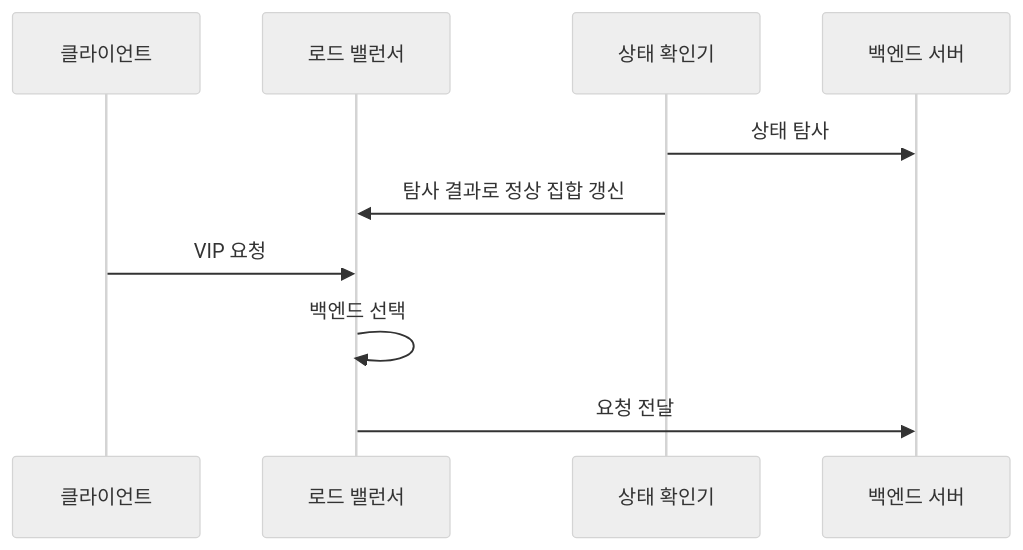
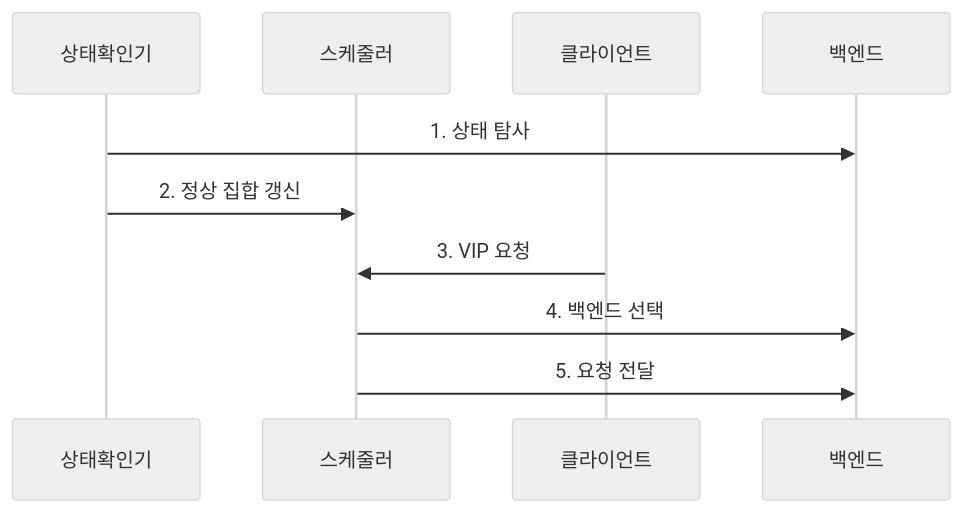
One commit to agnusdei1207/knowledge-base changed the second of 2 diagrams in src/content/docs/notes/04-network/019_load_balancer_l4_l7.md. Above: the diagram before and after it, drawn with Mermaid (neutral theme). The commit also changed other lines of this file and 20 other files, not shown here.

````diff
--- a/src/content/docs/notes/04-network/019_load_balancer_l4_l7.md
+++ b/src/content/docs/notes/04-network/019_load_balancer_l4_l7.md
@@ -84,12 +90,12 @@
 ```mermaid
 sequenceDiagram
-    participant C as 클라이언트
-    participant L as 로드 밸런서
-    participant H as 상태 확인기
-    participant S as 백엔드 서버
-    H->>S: 상태 탐사
-    H->>L: 탐사 결과로 정상 집합 갱신
-    C->>L: VIP 요청
-    L->>L: 백엔드 선택
-    L->>S: 요청 전달
+    participant 상태확인기
+    participant 스케줄러
+    participant 클라이언트
+    participant 백엔드
+    상태확인기->>백엔드: 1. 상태 탐사
+    상태확인기->>스케줄러: 2. 정상 집합 갱신
+    클라이언트->>스케줄러: 3. VIP 요청
+    스케줄러->>백엔드: 4. 백엔드 선택
+    스케줄러->>백엔드: 5. 요청 전달
 ```
````
